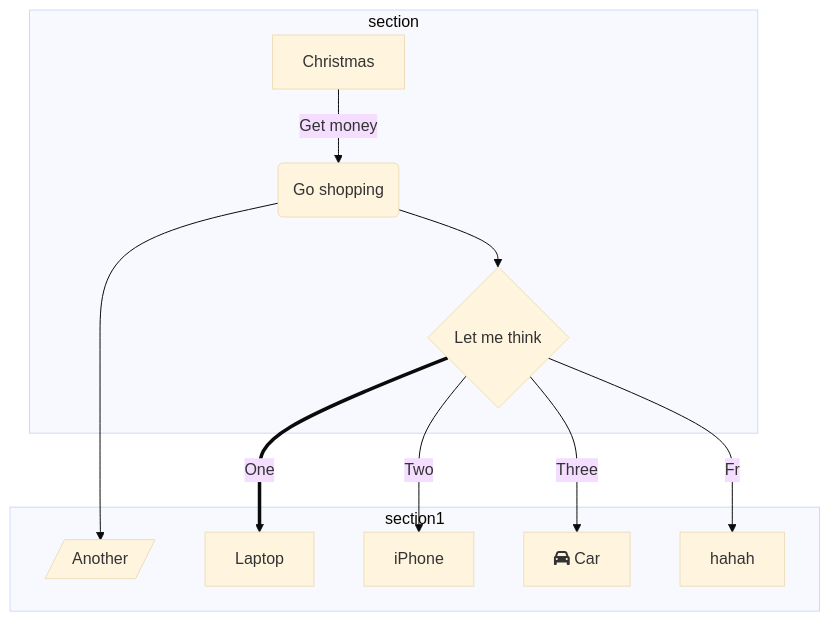
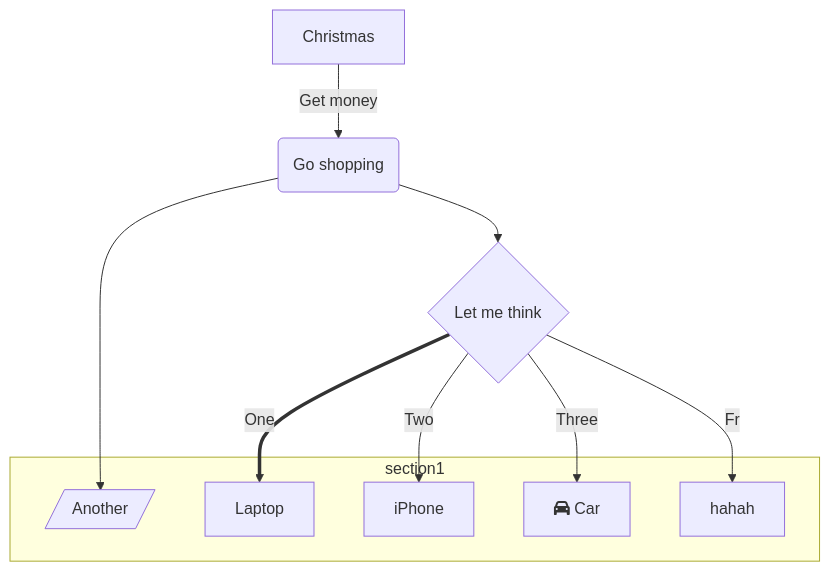
One commit to taontech/www changed the ninth of 9 diagrams in taon.top/content/post/markdonw.md. Above: the diagram before and after it, drawn with Mermaid. The commit also changed other lines of this file, not shown here.

````diff
--- a/taon.top/content/post/markdonw.md
+++ b/taon.top/content/post/markdonw.md
@@ -134,23 +134,17 @@
 ```mermaid
-%%{init: {'theme': 'base'}}%%
-        graph TD
+    graph TD
           A[Christmas] -->|Get money| B(Go shopping)
           B --> C{Let me think}
           B --> G[/Another/]
           C ==>|One| D[Laptop]
           C -->|Two| E[iPhone]
           C -->|Three| F[fa:fa-car Car]
           C -->|Fr| H[hahah]
           subgraph section1
             E
             H
             D
             G
             F
           end
-          subgraph section
-            A
-            B
-            C
-          end
 ```
````
